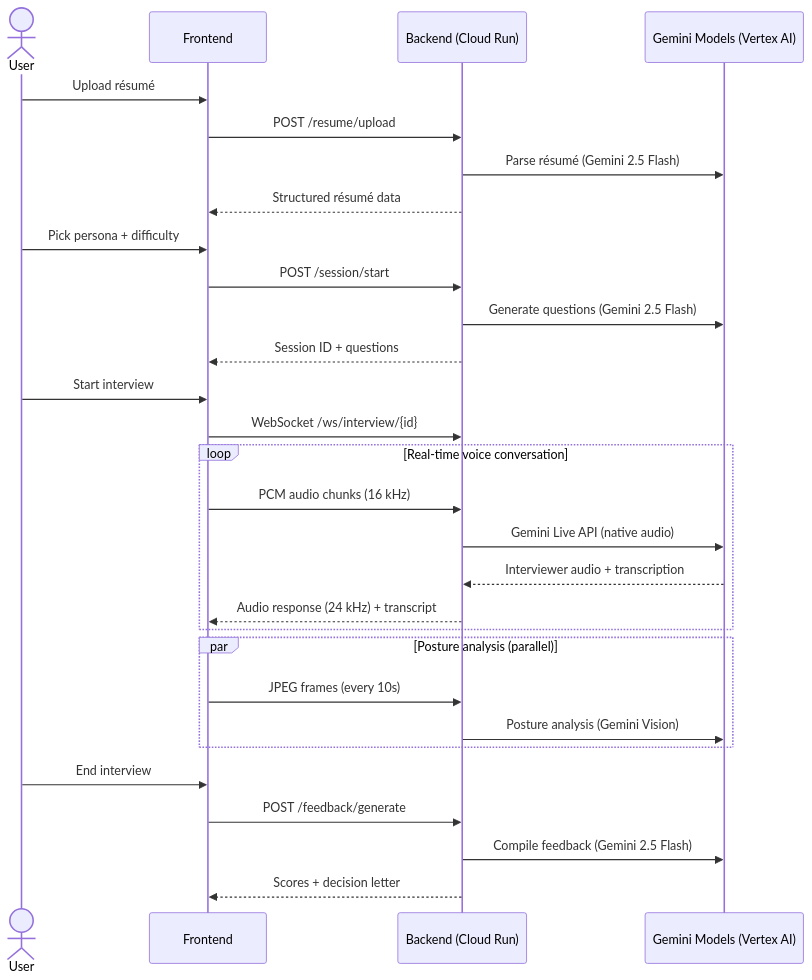
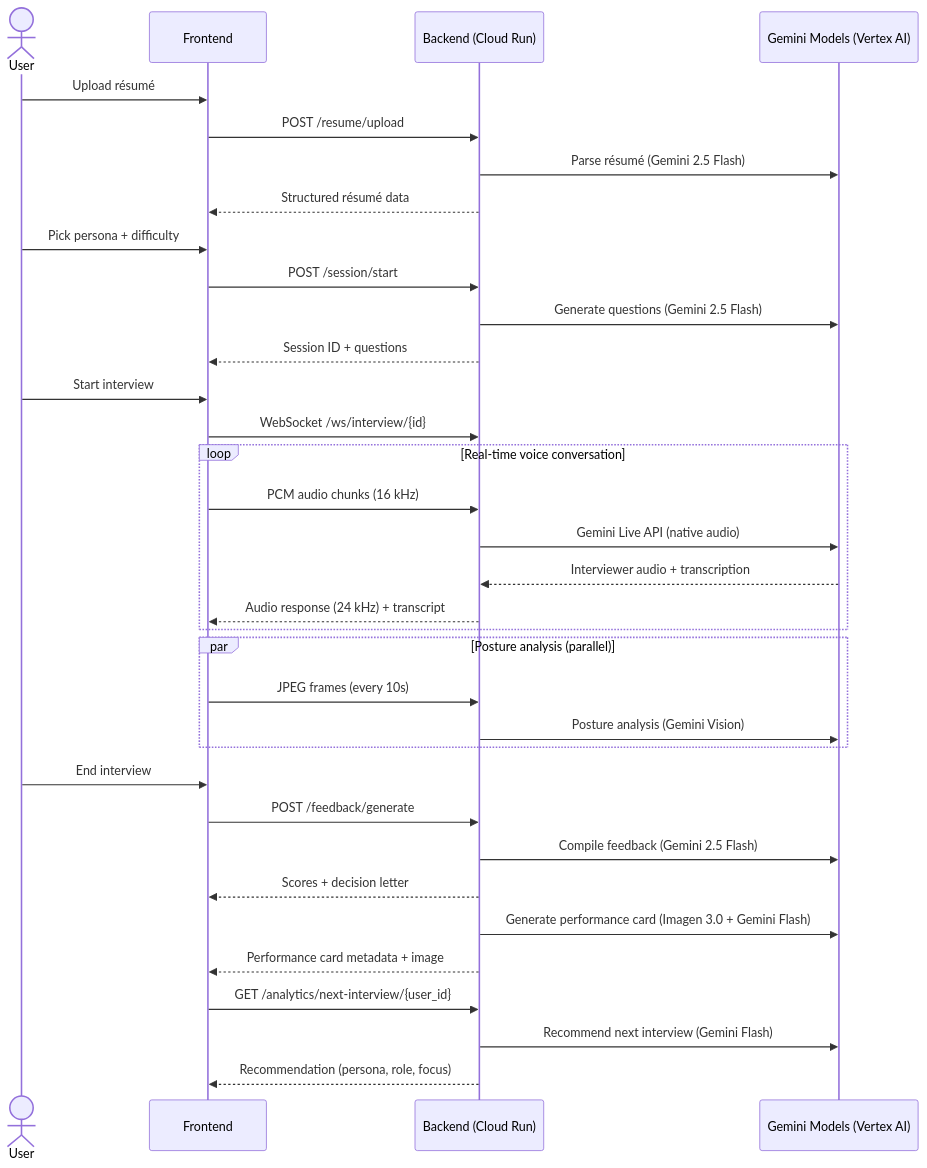
The second of 3 diagrams in README.md (mockmate-app/mockmate), drawn with Mermaid before and after one commit. The commit also changed other lines of this file and 11 other files, not shown here.

Commit message:
- Added performance card - Added next interview recommendation

````diff
--- a/README.md
+++ b/README.md
@@ -141,36 +149,43 @@
 ```mermaid
 sequenceDiagram
     actor User
     participant FE as Frontend
     participant BE as Backend (Cloud Run)
     participant Gemini as Gemini Models (Vertex AI)
 
     User->>FE: Upload résumé
     FE->>BE: POST /resume/upload
     BE->>Gemini: Parse résumé (Gemini 2.5 Flash)
     BE-->>FE: Structured résumé data
 
     User->>FE: Pick persona + difficulty
     FE->>BE: POST /session/start
     BE->>Gemini: Generate questions (Gemini 2.5 Flash)
     BE-->>FE: Session ID + questions
 
     User->>FE: Start interview
     FE->>BE: WebSocket /ws/interview/{id}
     loop Real-time voice conversation
         FE->>BE: PCM audio chunks (16 kHz)
         BE->>Gemini: Gemini Live API (native audio)
         Gemini-->>BE: Interviewer audio + transcription
         BE-->>FE: Audio response (24 kHz) + transcript
     end
 
     par Posture analysis (parallel)
         FE->>BE: JPEG frames (every 10s)
         BE->>Gemini: Posture analysis (Gemini Vision)
     end
 
     User->>FE: End interview
     FE->>BE: POST /feedback/generate
     BE->>Gemini: Compile feedback (Gemini 2.5 Flash)
     BE-->>FE: Scores + decision letter
+
+    BE->>Gemini: Generate performance card (Imagen 3.0 + Gemini Flash)
+    BE-->>FE: Performance card metadata + image
+
+    FE->>BE: GET /analytics/next-interview/{user_id}
+    BE->>Gemini: Recommend next interview (Gemini Flash)
+    BE-->>FE: Recommendation (persona, role, focus)
 ```
````
